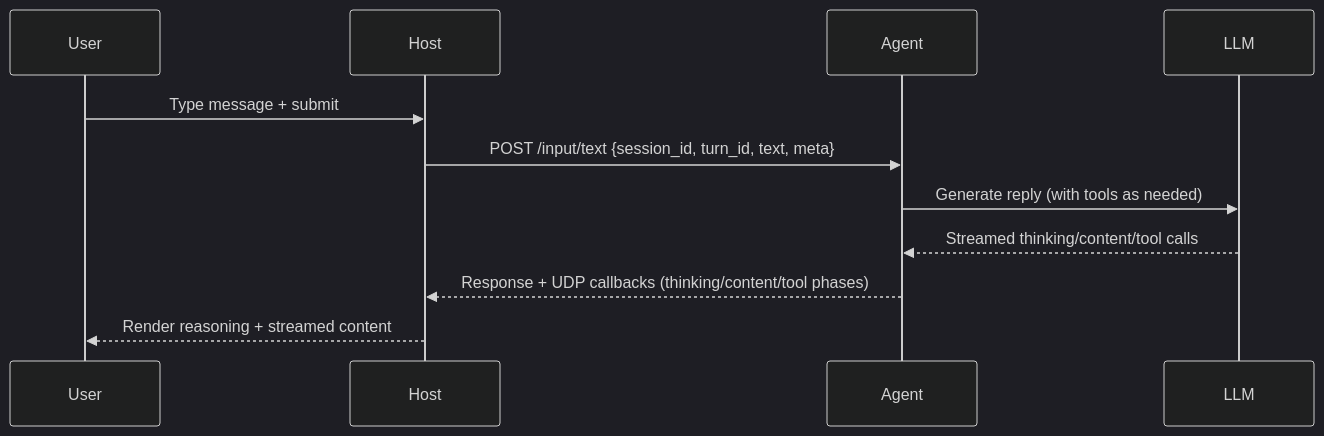
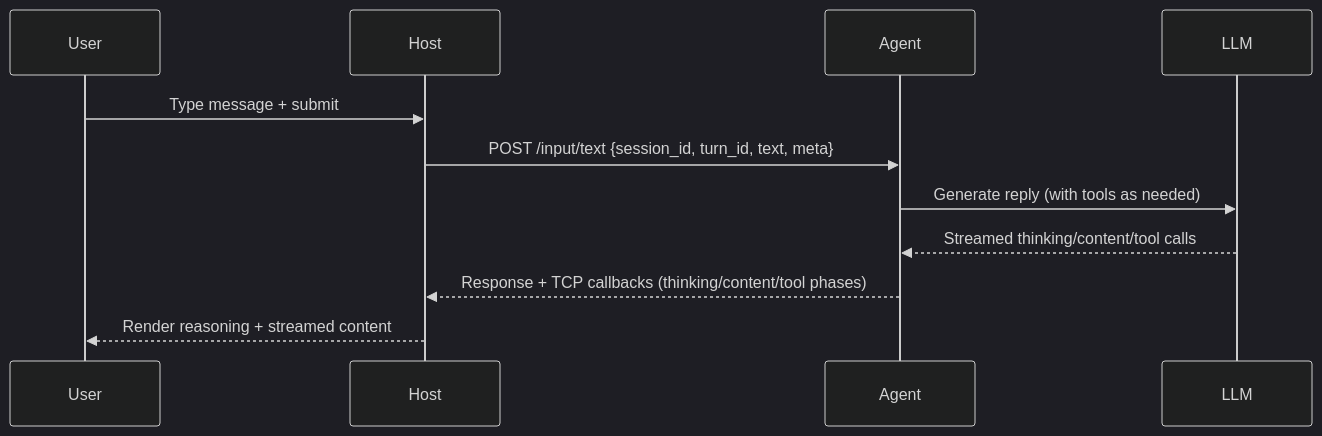
One commit to a-zamfir/lisa changed the second of 4 diagrams in docs/ARCHITECTURE.md. Above: the diagram before and after it, drawn with Mermaid (dark theme). The commit also changed other lines of this file and 18 other files, not shown here.

Commit message:
reworked callbacks from udp to tcp and improved overall stability + ux fixes

````diff
--- a/docs/ARCHITECTURE.md
+++ b/docs/ARCHITECTURE.md
@@ -119,13 +119,13 @@
 ```mermaid
 sequenceDiagram
   participant User
   participant Host
   participant Agent
   participant LLM
   User->>Host: Type message + submit
   Host->>Agent: POST /input/text {session_id, turn_id, text, meta}
   Agent->>LLM: Generate reply (with tools as needed)
   LLM-->>Agent: Streamed thinking/content/tool calls
-  Agent-->>Host: Response + UDP callbacks (thinking/content/tool phases)
+  Agent-->>Host: Response + TCP callbacks (thinking/content/tool phases)
   Host-->>User: Render reasoning + streamed content
 ```
````
